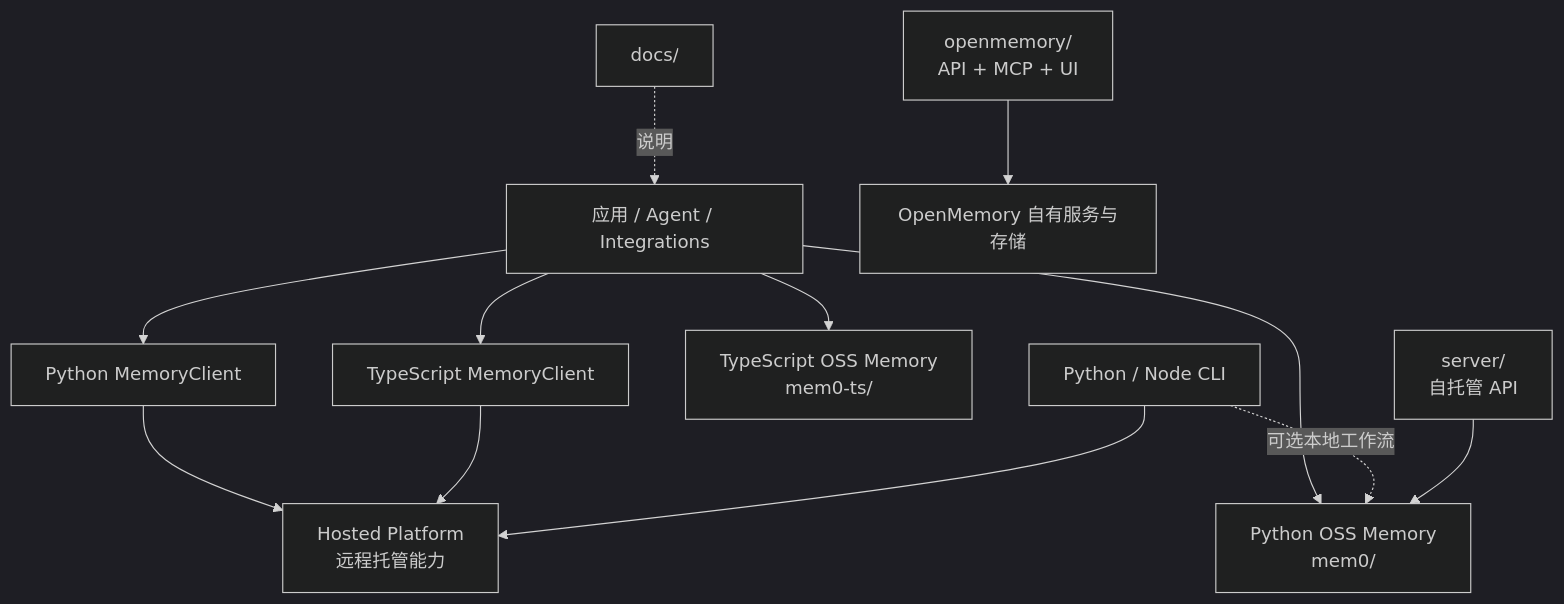
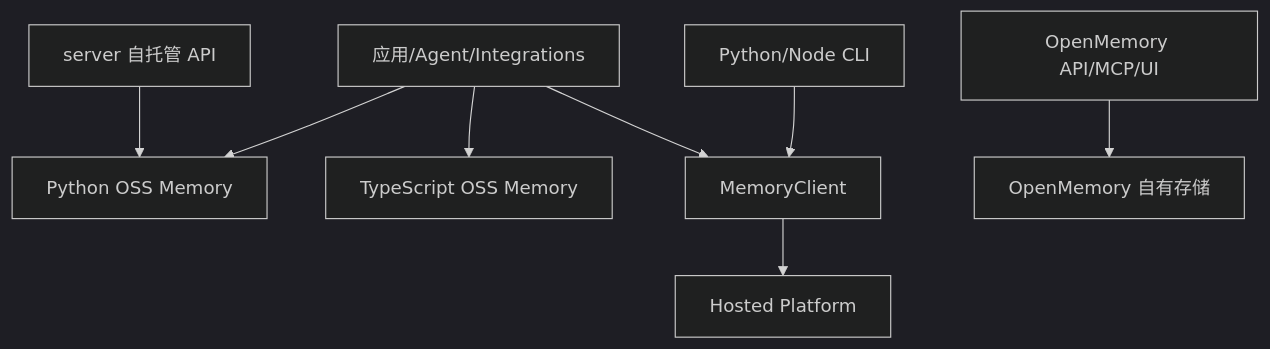
Before and after one commit to StevenLZM/mem0: the fifth of 8 diagrams in docs/learning/mem0-memory-system-design.zh-CN.md, drawn with Mermaid (dark theme). The commit also changed other lines of this file, not shown here.

Commit message:
docs: refine memory system foundations

````diff
--- a/docs/learning/mem0-memory-system-design.zh-CN.md
+++ b/docs/learning/mem0-memory-system-design.zh-CN.md
@@ -327,16 +307,10 @@
 ```mermaid
 flowchart TB
-    Apps[应用 / Agent / Integrations] --> PyClient[Python MemoryClient]
-    Apps --> TsClient[TypeScript MemoryClient]
-    PyClient --> Platform[Hosted Platform<br/>远程托管能力]
-    TsClient --> Platform
-
-    Apps --> PyOSS[Python OSS Memory<br/>mem0/]
-    Apps --> TsOSS[TypeScript OSS Memory<br/>mem0-ts/]
-    CLI[Python / Node CLI] --> Platform
-    CLI -.可选本地工作流.-> PyOSS
-
-    Server[server/<br/>自托管 API] --> PyOSS
-    OpenMemory[openmemory/<br/>API + MCP + UI] --> OMStores[OpenMemory 自有服务与存储]
-    Docs[docs/] -.说明.-> Apps
+    APP[应用/Agent/Integrations] --> PYO[Python OSS Memory]
+    APP --> TSO[TypeScript OSS Memory]
+    APP --> C[MemoryClient]
+    C --> HP[Hosted Platform]
+    S[server 自托管 API] --> PYO
+    OM[OpenMemory API/MCP/UI] --> OMS[OpenMemory 自有存储]
+    CLI[Python/Node CLI] --> C
 ```
````
